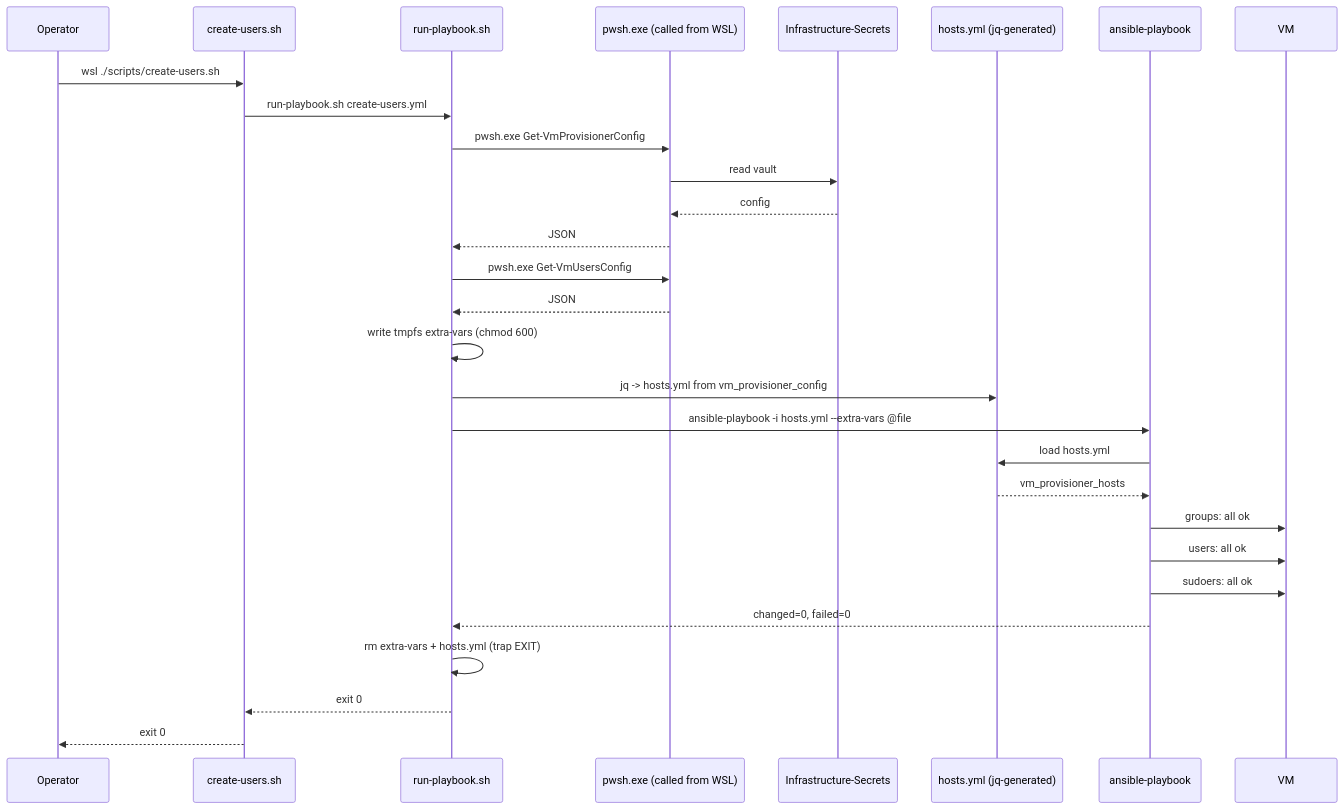
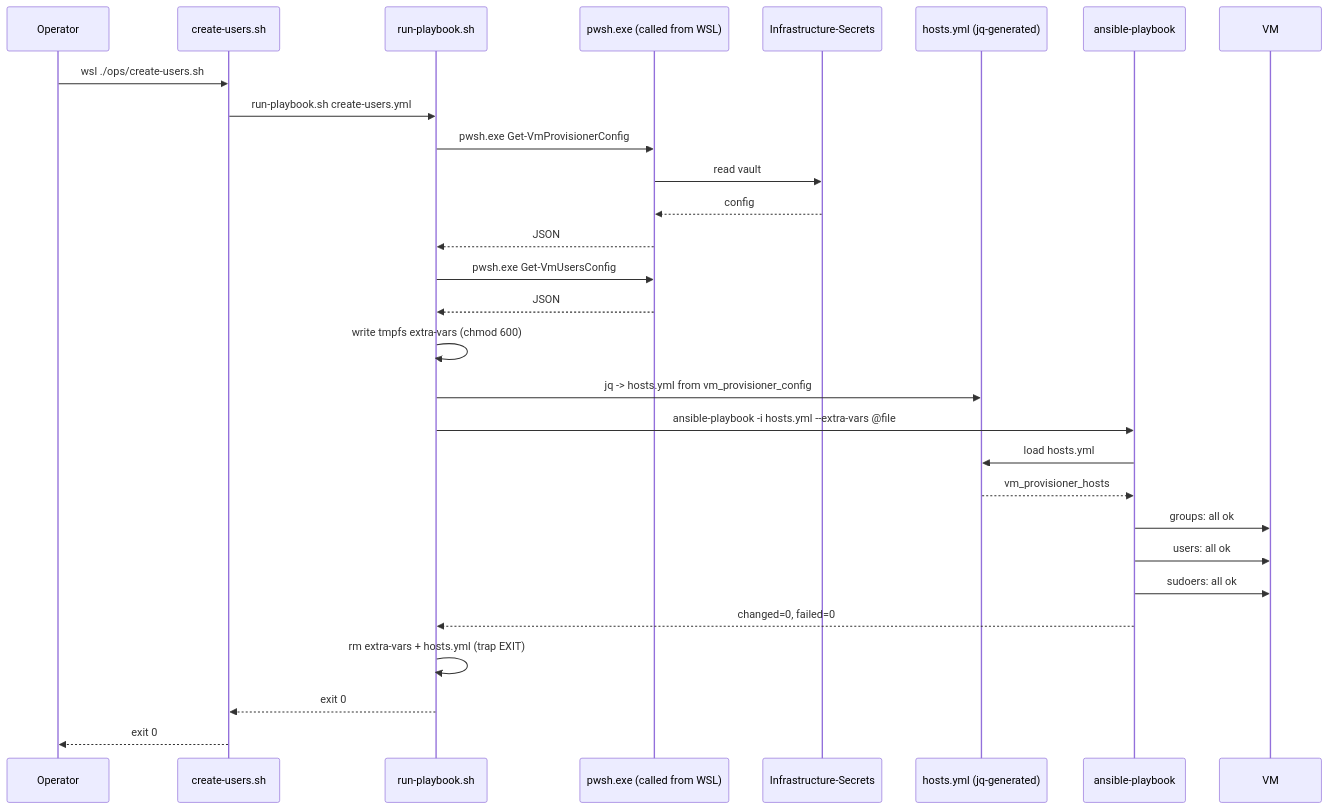
The second of 2 diagrams in docs/dev/implementation/02-groups-users-sudoers-creation/problem.md (Klark-Morrigan/Infrastructure-Vm-Ansible), drawn with Mermaid before and after one commit. The commit also changed other lines of this file and 1 other file, not shown here.

````diff
--- a/docs/dev/implementation/02-groups-users-sudoers-creation/problem.md
+++ b/docs/dev/implementation/02-groups-users-sudoers-creation/problem.md
@@ -291,32 +293,32 @@
 ```mermaid
 sequenceDiagram
     participant Op as Operator
     participant Sh as create-users.sh
     participant Br as run-playbook.sh
     participant Pw as pwsh.exe (called from WSL)
     participant Sec as Infrastructure-Secrets
     participant Inv as hosts.yml (jq-generated)
     participant Ans as ansible-playbook
     participant Vm as VM
 
-    Op->>Sh: wsl ./scripts/create-users.sh
+    Op->>Sh: wsl ./ops/create-users.sh
     Sh->>Br: run-playbook.sh create-users.yml
     Br->>Pw: pwsh.exe Get-VmProvisionerConfig
     Pw->>Sec: read vault
     Sec-->>Pw: config
     Pw-->>Br: JSON
     Br->>Pw: pwsh.exe Get-VmUsersConfig
     Pw-->>Br: JSON
     Br->>Br: write tmpfs extra-vars (chmod 600)
     Br->>Inv: jq -> hosts.yml from vm_provisioner_config
     Br->>Ans: ansible-playbook -i hosts.yml --extra-vars @file
     Ans->>Inv: load hosts.yml
     Inv-->>Ans: vm_provisioner_hosts
     Ans->>Vm: groups: all ok
     Ans->>Vm: users: all ok
     Ans->>Vm: sudoers: all ok
     Ans-->>Br: changed=0, failed=0
     Br->>Br: rm extra-vars + hosts.yml (trap EXIT)
     Br-->>Sh: exit 0
     Sh-->>Op: exit 0
 ```
````
